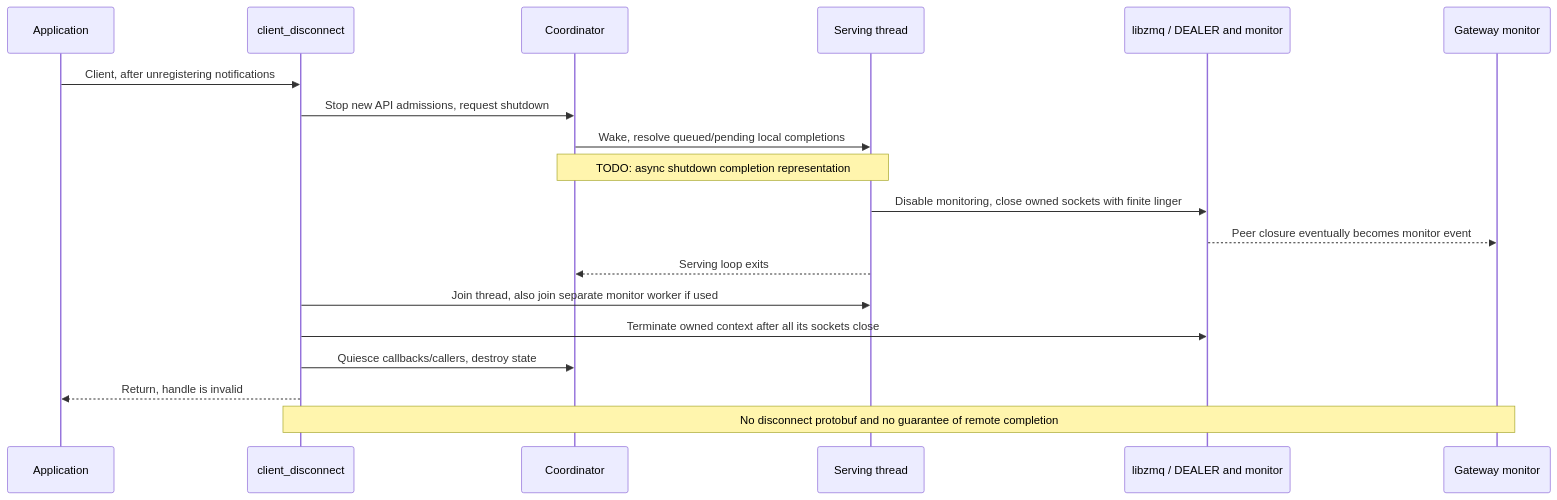
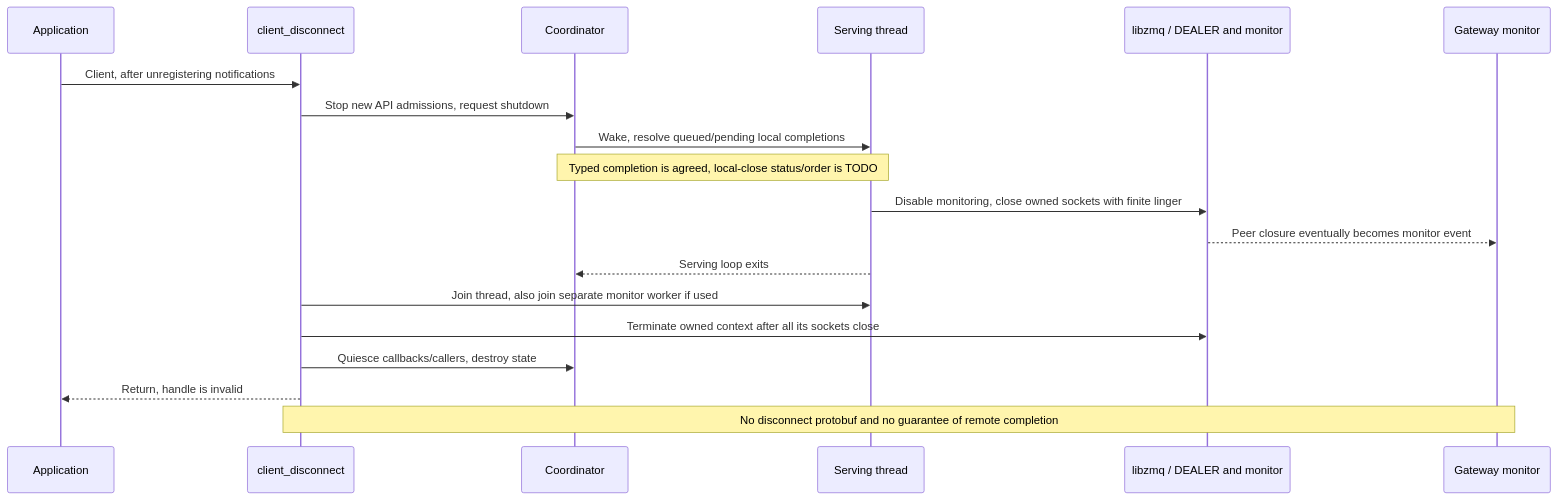
One commit to rdkcentral/eyil-secure-gateway changed diagram 14 of 29 in doc/EyilSecureGateway.md. Above: the diagram before and after it, drawn with Mermaid. The commit also changed other lines of this file, not shown here.

````diff
--- a/doc/EyilSecureGateway.md
+++ b/doc/EyilSecureGateway.md
@@ -790,21 +1600,21 @@
 ```mermaid
 sequenceDiagram
     participant A as Application
     participant API as client_disconnect
     participant C as Coordinator
     participant IO as Serving thread
     participant Z as libzmq / DEALER and monitor
     participant G as Gateway monitor
     A->>API: Client, after unregistering notifications
     API->>C: Stop new API admissions, request shutdown
     C->>IO: Wake, resolve queued/pending local completions
-    Note over C,IO: TODO: async shutdown completion representation
+    Note over C,IO: Typed completion is agreed, local-close status/order is TODO
     IO->>Z: Disable monitoring, close owned sockets with finite linger
     Z-->>G: Peer closure eventually becomes monitor event
     IO-->>C: Serving loop exits
     API->>IO: Join thread, also join separate monitor worker if used
     API->>Z: Terminate owned context after all its sockets close
     API->>C: Quiesce callbacks/callers, destroy state
     API-->>A: Return, handle is invalid
     Note over API,G: No disconnect protobuf and no guarantee of remote completion
 ```
````
